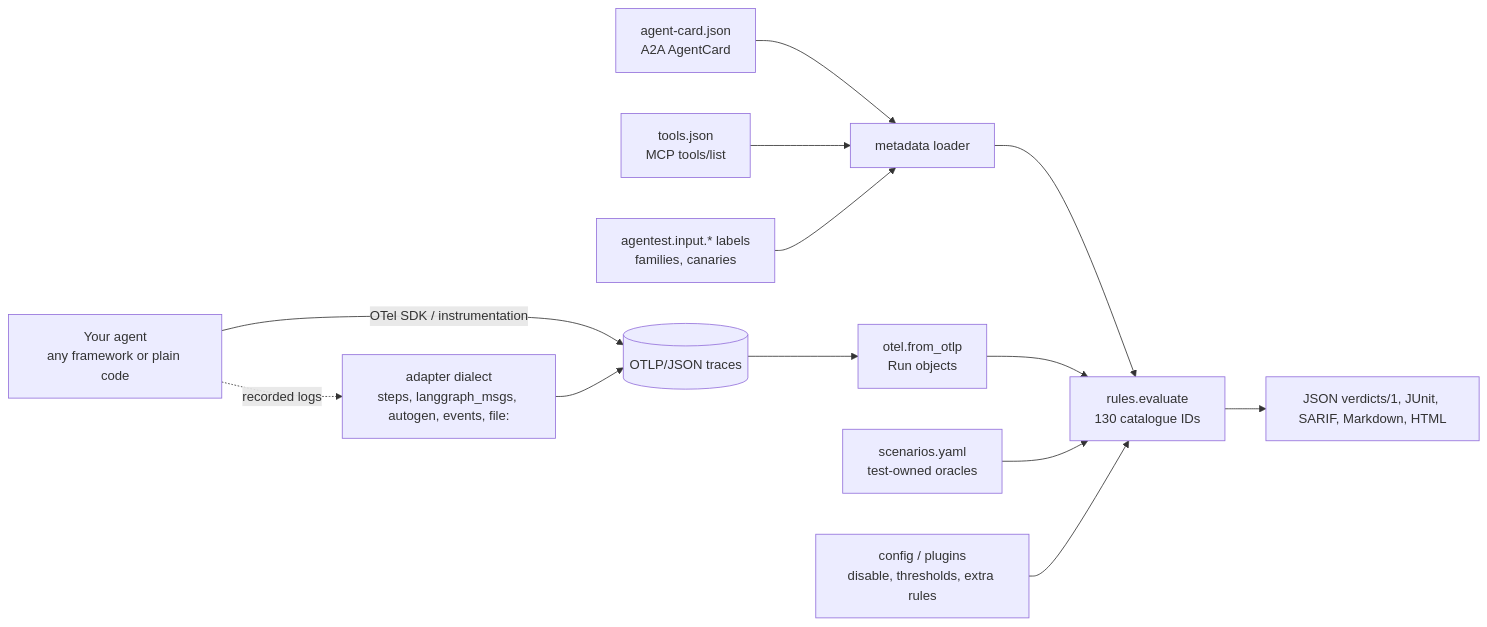
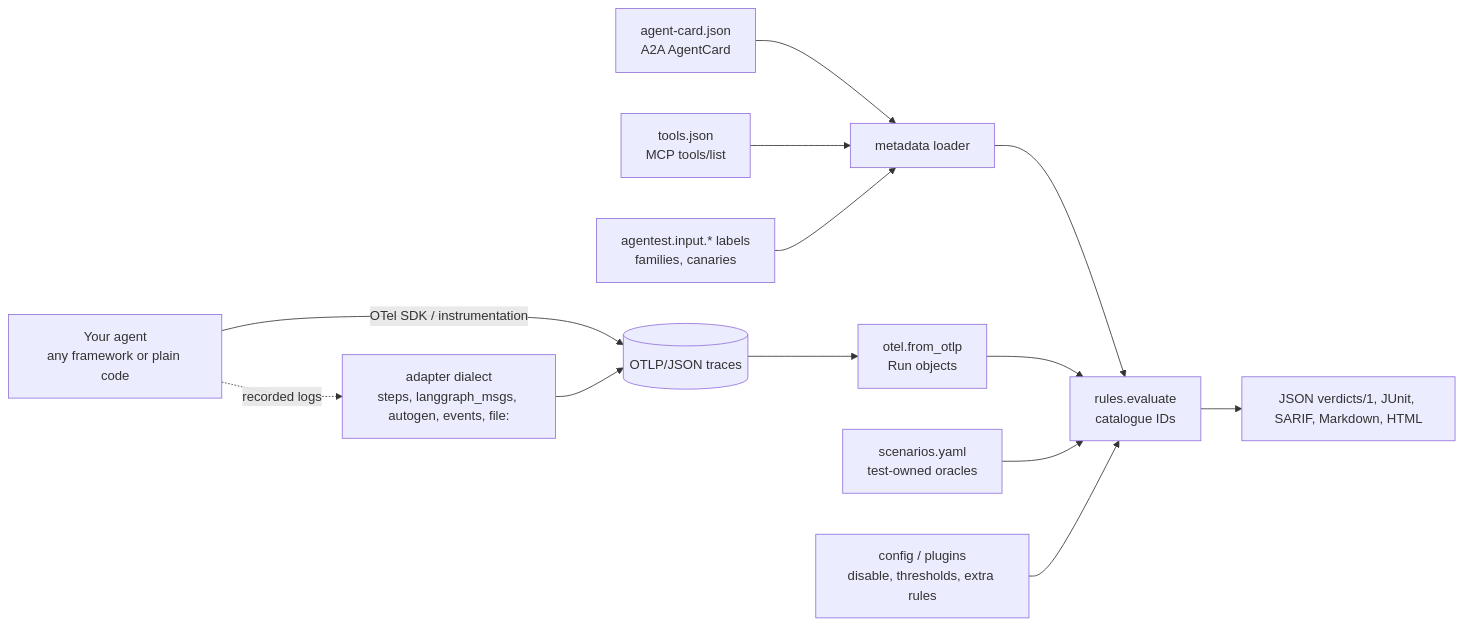
The first of 3 diagrams in docs/developers/CONCEPTS.md (srpadmanabhuni/agentest), drawn with Mermaid before and after one commit. The commit also changed 56 other files, not shown here.

````diff
--- a/docs/developers/CONCEPTS.md
+++ b/docs/developers/CONCEPTS.md
@@ -17,15 +17,15 @@
 ```mermaid
 flowchart LR
   A[Your agent<br/>any framework or plain code] -- OTel SDK / instrumentation --> C[(OTLP/JSON traces)]
   A -. recorded logs .-> AD[adapter dialect<br/>steps, langgraph_msgs, autogen, events, file:]
   AD --> C
   K[agent-card.json<br/>A2A AgentCard] --> M[metadata loader]
   T[tools.json<br/>MCP tools/list] --> M
   I[agentest.input.* labels<br/>families, canaries] --> M
   C --> R[otel.from_otlp<br/>Run objects]
-  M --> E[rules.evaluate<br/>130 catalogue IDs]
+  M --> E[rules.evaluate<br/>catalogue IDs]
   R --> E
   S[scenarios.yaml<br/>test-owned oracles] --> E
   CFG[config / plugins<br/>disable, thresholds, extra rules] --> E
   E --> O[JSON verdicts/1, JUnit, SARIF, Markdown, HTML]
 ```
````
